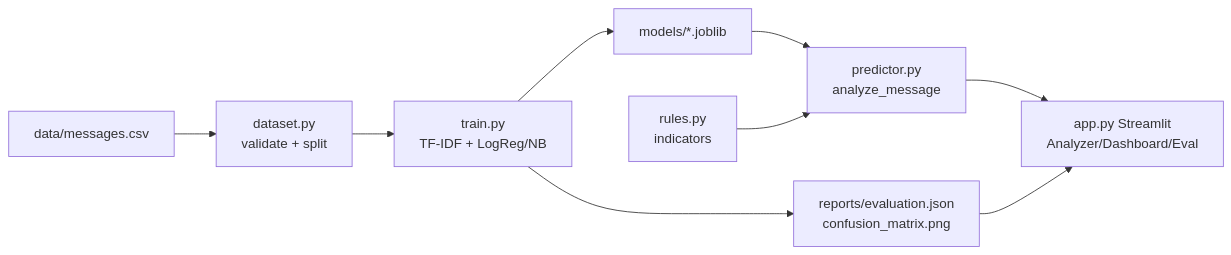
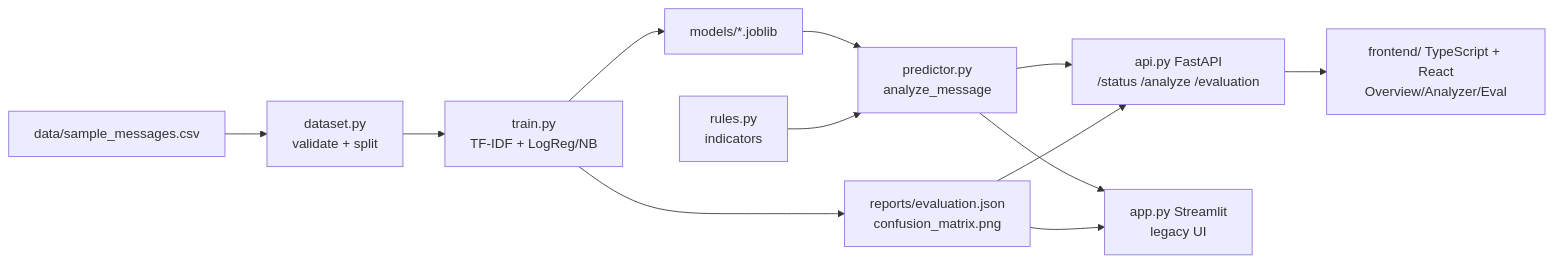
Before and after one commit to Chrome-001/SpamShield: the diagram in README.md, drawn with Mermaid. The commit also changed other lines of this file, not shown here.

Commit message:
Verify README end-to-end: fix advisory example, arch diagram, UI docs

````diff
--- a/README.md
+++ b/README.md
@@ -30,11 +36,14 @@
 ```mermaid
 flowchart LR
-    CSV[data/messages.csv] --> DS[dataset.py\nvalidate + split]
+    CSV[data/sample_messages.csv] --> DS[dataset.py\nvalidate + split]
     DS --> TR[train.py\nTF-IDF + LogReg/NB]
     TR --> M[models/*.joblib]
     TR --> R[reports/evaluation.json\nconfusion_matrix.png]
     M --> P[predictor.py\nanalyze_message]
     RULES[rules.py\nindicators] --> P
-    P --> UI[app.py Streamlit\nAnalyzer/Dashboard/Eval]
-    R --> UI
+    P --> API[api.py FastAPI\n/status /analyze /evaluation]
+    R --> API
+    API --> UI[frontend/ TypeScript + React\nOverview/Analyzer/Eval]
+    P --> LEGACY[app.py Streamlit\nlegacy UI]
+    R --> LEGACY
 ```
````
